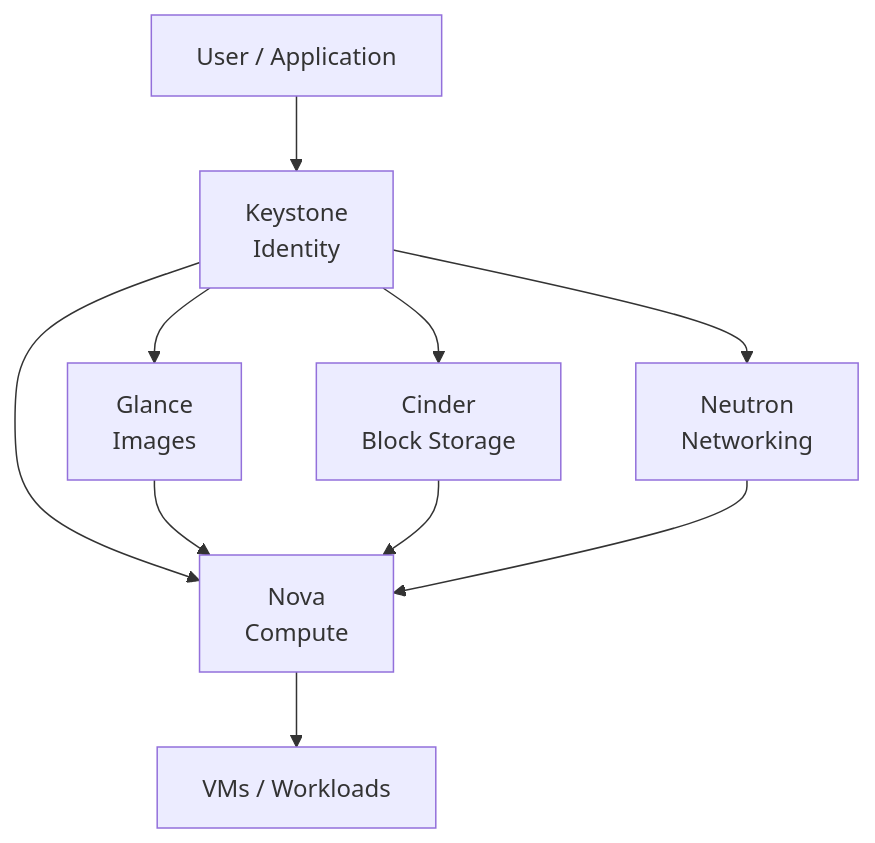
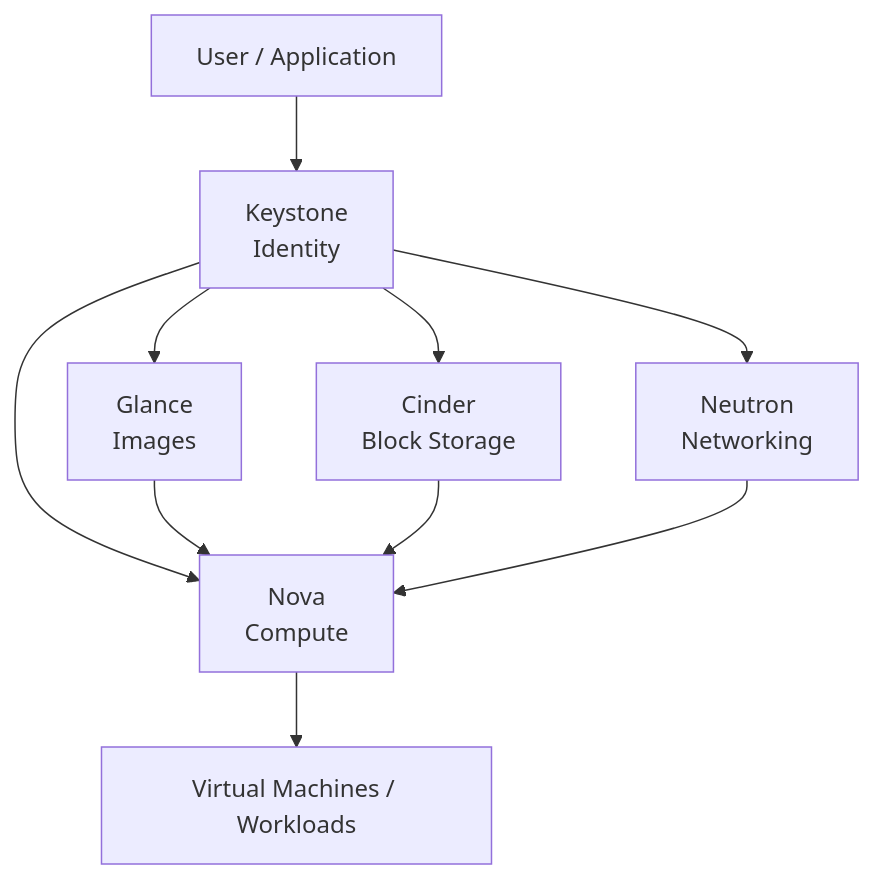
One commit to Aryamnsls/Aryamnsls changed the second of 4 diagrams in README.md. Above: the diagram before and after it, drawn with Mermaid. The commit also changed other lines of this file, not shown here.

````diff
--- a/README.md
+++ b/README.md
@@ -302,16 +296,24 @@
 ```mermaid
 flowchart TB
 
-    USER["User / Application"] --> KEYSTONE["Keystone<br/>Identity"]
+    USER["User / Application"]
+    KEYSTONE["Keystone<br/>Identity"]
+    NOVA["Nova<br/>Compute"]
+    NEUTRON["Neutron<br/>Networking"]
+    CINDER["Cinder<br/>Block Storage"]
+    GLANCE["Glance<br/>Images"]
+    VM["Virtual Machines / Workloads"]
 
-    KEYSTONE --> NOVA["Nova<br/>Compute"]
-    KEYSTONE --> NEUTRON["Neutron<br/>Networking"]
-    KEYSTONE --> CINDER["Cinder<br/>Block Storage"]
-    KEYSTONE --> GLANCE["Glance<br/>Images"]
+    USER --> KEYSTONE
+
+    KEYSTONE --> NOVA
+    KEYSTONE --> NEUTRON
+    KEYSTONE --> CINDER
+    KEYSTONE --> GLANCE
 
     GLANCE --> NOVA
     CINDER --> NOVA
     NEUTRON --> NOVA
 
-    NOVA --> VM["VMs / Workloads"]
+    NOVA --> VM
 ```
````
